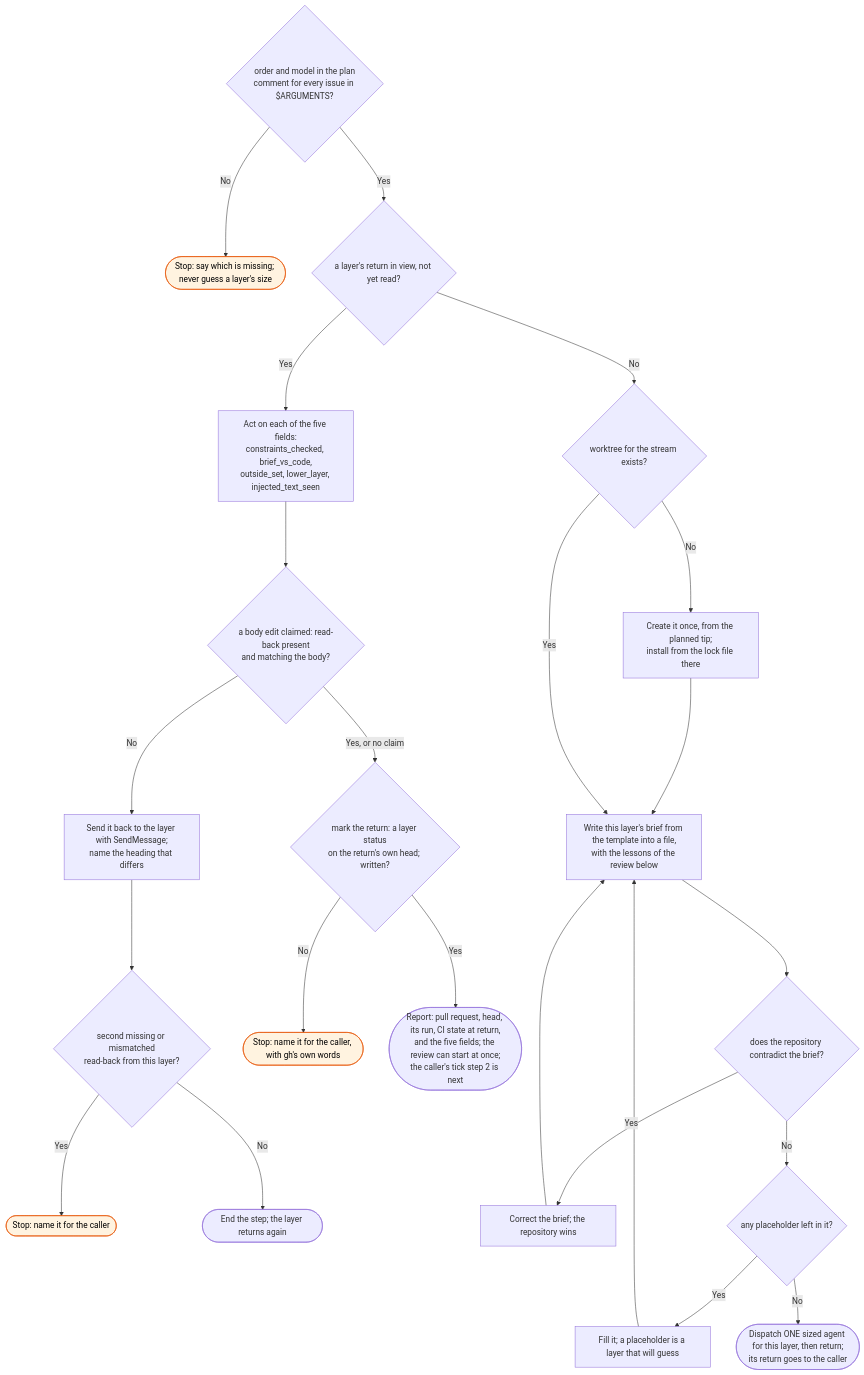
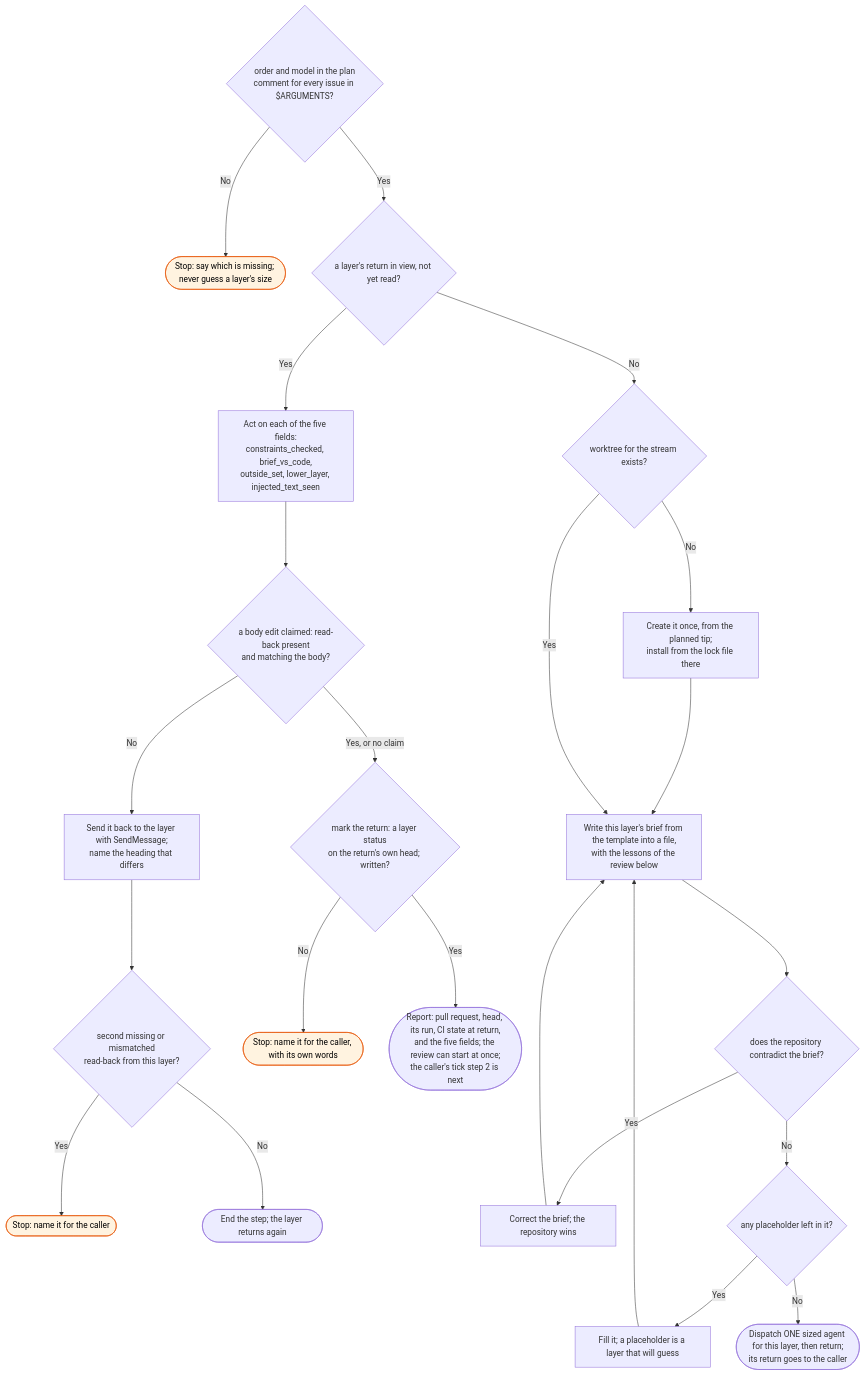
Before and after one commit to bje-settings/claude: the diagram in docs/flows/workstreams/stream/_skill-flow.md, drawn with Mermaid. The commit also changed 2 other files, not shown here.

Commit message:
fix(workstreams): ask a layer for its full head sha, which mark needs

````diff
--- a/docs/flows/workstreams/stream/_skill-flow.md
+++ b/docs/flows/workstreams/stream/_skill-flow.md
@@ -15,26 +15,26 @@
 ```mermaid
 flowchart TD
     C{order and model in the plan<br/>comment for every issue in $ARGUMENTS?}
     C -->|No| C1([Stop: say which is missing; never guess a layer's size]):::stop
     C -->|Yes| R{a layer's return in view, not yet read?}
 
     R -->|Yes| S[Act on each of the five fields:<br/>constraints_checked, brief_vs_code,<br/>outside_set, lower_layer, injected_text_seen]
     S --> S0{a body edit claimed: read-back present<br/>and matching the body?}
     S0 -->|No| S2[Send it back to the layer with SendMessage;<br/>name the heading that differs] --> S3{second missing or mismatched<br/>read-back from this layer?}
     S3 -->|Yes| S4([Stop: name it for the caller]):::stop
     S3 -->|No| X1([End the step; the layer returns again])
     S0 -->|Yes, or no claim| SM{mark the return: a layer status<br/>on the return's own head; written?}
-    SM -->|No| SM1([Stop: name it for the caller, with gh's own words]):::stop
+    SM -->|No| SM1([Stop: name it for the caller, with its own words]):::stop
     SM -->|Yes| S1([Report: pull request, head, its run, CI state at return,<br/>and the five fields; the review can start at once;<br/>the caller's tick step 2 is next])
 
     R -->|No| D{worktree for the stream exists?}
     D -->|No| D1[Create it once, from the planned tip;<br/>install from the lock file there] --> E
     D -->|Yes| E[Write this layer's brief from the template into a file,<br/>with the lessons of the review below]
     E --> F{does the repository contradict the brief?}
     F -->|Yes| F1[Correct the brief; the repository wins] --> E
     F -->|No| G{any placeholder left in it?}
     G -->|Yes| G1[Fill it; a placeholder is a layer that will guess] --> E
     G -->|No| H([Dispatch ONE sized agent for this layer, then return;<br/>its return goes to the caller])
 
     classDef stop fill:#fff3e0,stroke:#e65100,color:#000
 ```
````
